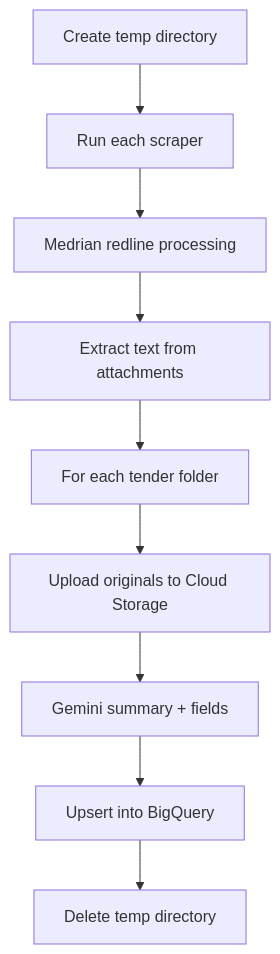
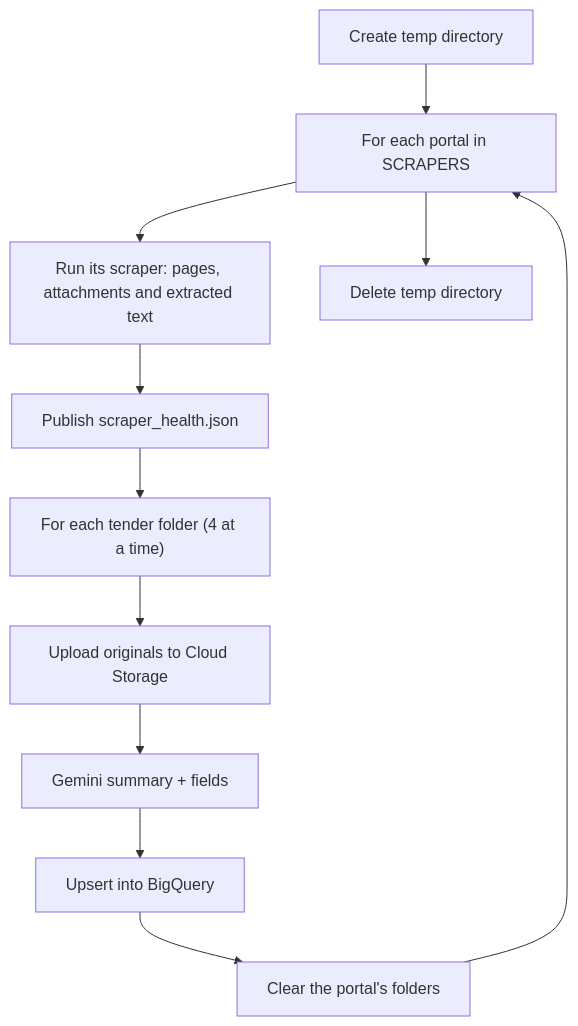
The second of 4 diagrams in documentation/documentation.md (UtkristaUwa/CITS3200_57), drawn with Mermaid before and after one commit. The commit also changed other lines of this file and 1 other file, not shown here.

````diff
--- a/documentation/documentation.md
+++ b/documentation/documentation.md
@@ -168,11 +167,13 @@
 ```mermaid
 flowchart TD
-    tmp["Create temp directory"] --> scrape["Run each scraper"]
-    scrape --> medrian["Medrian redline processing"]
-    medrian --> extract["Extract text from attachments"]
-    extract --> each["For each tender folder"]
+    tmp["Create temp directory"] --> portal["For each portal in SCRAPERS"]
+    portal --> scrape["Run its scraper: pages, attachments and extracted text"]
+    scrape --> health["Publish scraper_health.json"]
+    health --> each["For each tender folder (4 at a time)"]
     each --> upload["Upload originals to Cloud Storage"]
     upload --> gemini["Gemini summary + fields"]
     gemini --> upsert["Upsert into BigQuery"]
-    upsert --> done["Delete temp directory"]
+    upsert --> clear["Clear the portal's folders"]
+    clear --> portal
+    portal --> done["Delete temp directory"]
 ```
````
